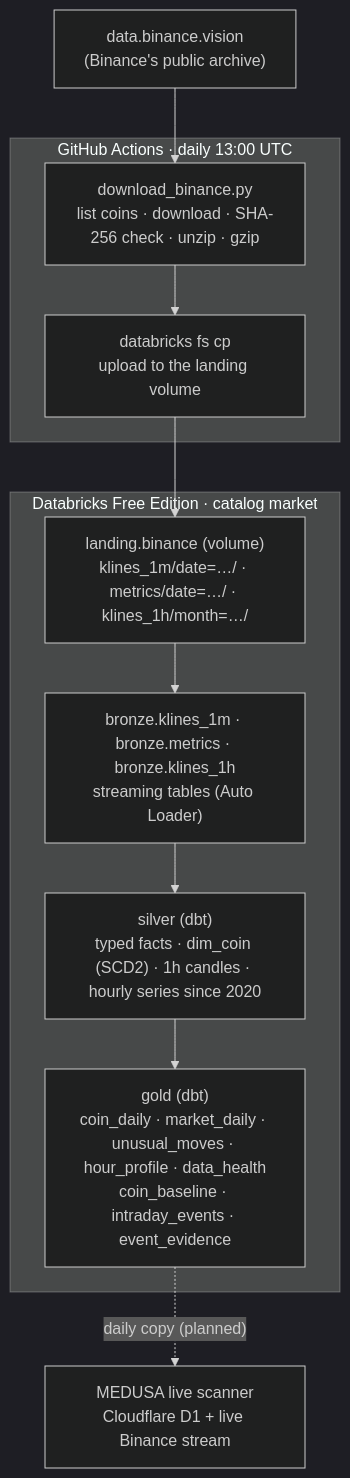
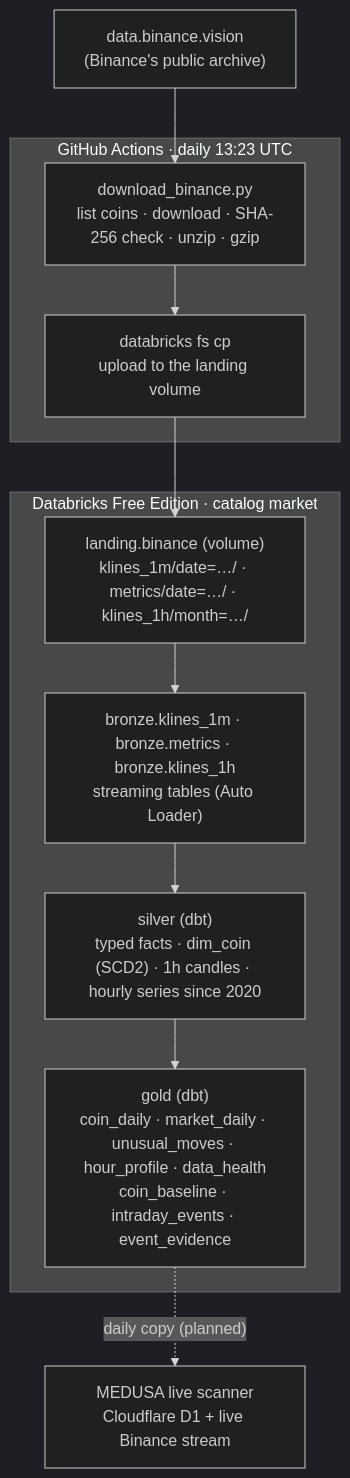
The diagram in lakehouse/docs/architecture.md (shivam65-sketch/medusa), drawn with Mermaid (dark theme) before and after one commit. The commit also changed other lines of this file and 13 other files, not shown here.

Commit message:
Lakehouse: re-check the previous 7 days against Binance and reload files it changed (ADR-023); daily run at 13:23 UTC

````diff
--- a/lakehouse/docs/architecture.md
+++ b/lakehouse/docs/architecture.md
@@ -13,18 +13,18 @@
 ```mermaid
 flowchart TB
-  subgraph GH["GitHub Actions · daily 13:00 UTC"]
+  subgraph GH["GitHub Actions · daily 13:23 UTC"]
     D1["download_binance.py<br>list coins · download · SHA-256 check · unzip · gzip"]
     D2["databricks fs cp<br>upload to the landing volume"]
     D1 --> D2
   end
   BIN["data.binance.vision<br>(Binance's public archive)"] --> D1
   subgraph DBX["Databricks Free Edition · catalog market"]
     L["landing.binance (volume)<br>klines_1m/date=…/ · metrics/date=…/ · klines_1h/month=…/"]
     BR["bronze.klines_1m · bronze.metrics · bronze.klines_1h<br>streaming tables (Auto Loader)"]
     SI["silver (dbt)<br>typed facts · dim_coin (SCD2) · 1h candles · hourly series since 2020"]
     GO["gold (dbt)<br>coin_daily · market_daily · unusual_moves · hour_profile · data_health<br>coin_baseline · intraday_events · event_evidence"]
     L --> BR --> SI --> GO
   end
   D2 --> L
   GO -.->|"daily copy (planned)"| CF["MEDUSA live scanner<br>Cloudflare D1 + live Binance stream"]
 ```
````
